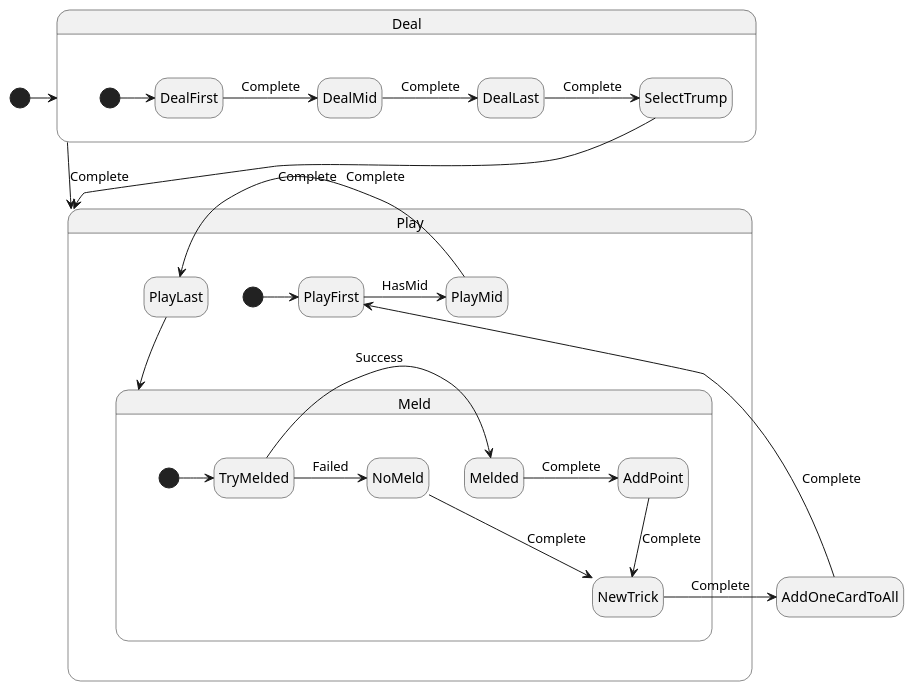
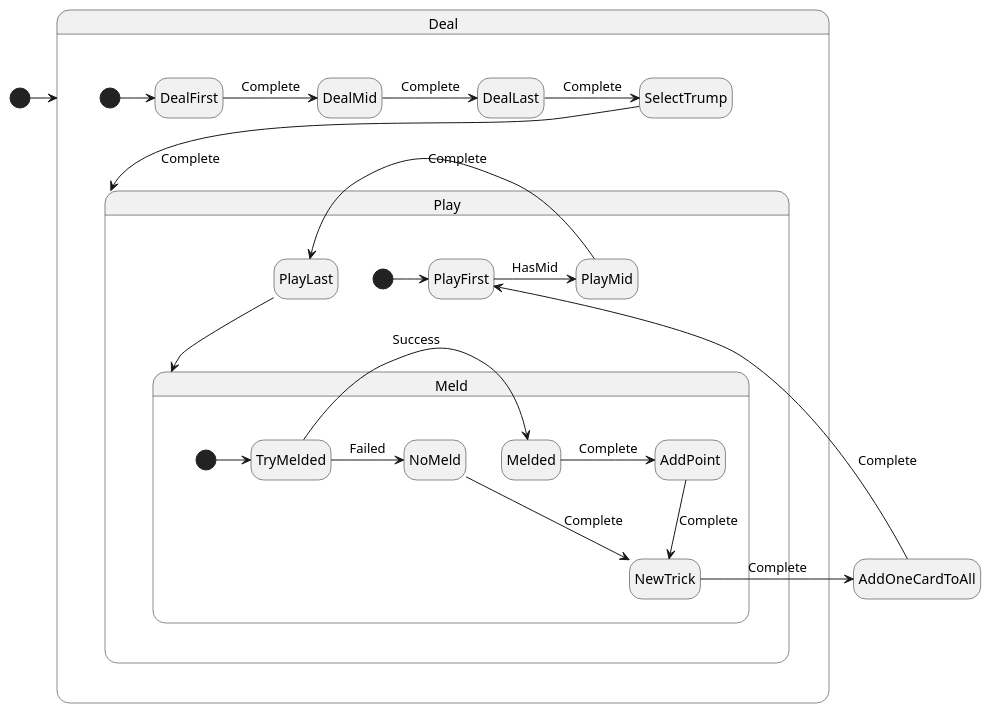
Before and after one commit to shefat2002/BeziqueCore: the diagram in BeziqueCore/Bezique.puml, drawn with PlantUML.

Commit message:
Update state transitions in Bezique.puml
Removed the 'Deal -> Play' transition and added minor formatting changes. This clarifies the state diagram and improves readability.

```diff
--- a/BeziqueCore/Bezique.puml
+++ b/BeziqueCore/Bezique.puml
@@ -1,60 +1,62 @@
 @startuml
 
 /'! $CONFIG : toml
 SmRunnerSettings.transpilerId = "CSharp"
 
 [RenderConfig.CSharp]
 NameSpace =  "BeziqueCore;"
 '/
 
 hide empty description
 skinparam stateMessageAlignment center
 
 [*] -> Deal
 
-Deal -> Play : Complete
 
 state Deal {
     state DealFirst
     state DealMid
     state DealLast
 
     [*] -> DealFirst
     DealFirst -> DealMid : Complete
     DealMid -> DealLast : Complete
     DealLast -> SelectTrump : Complete 
     SelectTrump --> Play : Complete 
 }
 
 state Play {
     state PlayFirst
     state PlayMid
     state PlayLast
     
     [*] -> PlayFirst
     PlayFirst -> PlayMid : HasMid
     PlayMid -> PlayLast : Complete
     PlayLast --> Meld
 }
 
 state Meld{
     [*] -> TryMelded
     state Melded
     state NoMeld
     
     TryMelded -> Melded : Success
     TryMelded -> NoMeld : Failed
     
     Melded -> AddPoint : Complete
     NoMeld --> NewTrick : Complete
     
 }
 
+
 AddPoint --> NewTrick : Complete
 
 NewTrick -> AddOneCardToAll : Complete
 
 AddOneCardToAll --> PlayFirst : Complete
 
 
+
+
 @enduml
```
